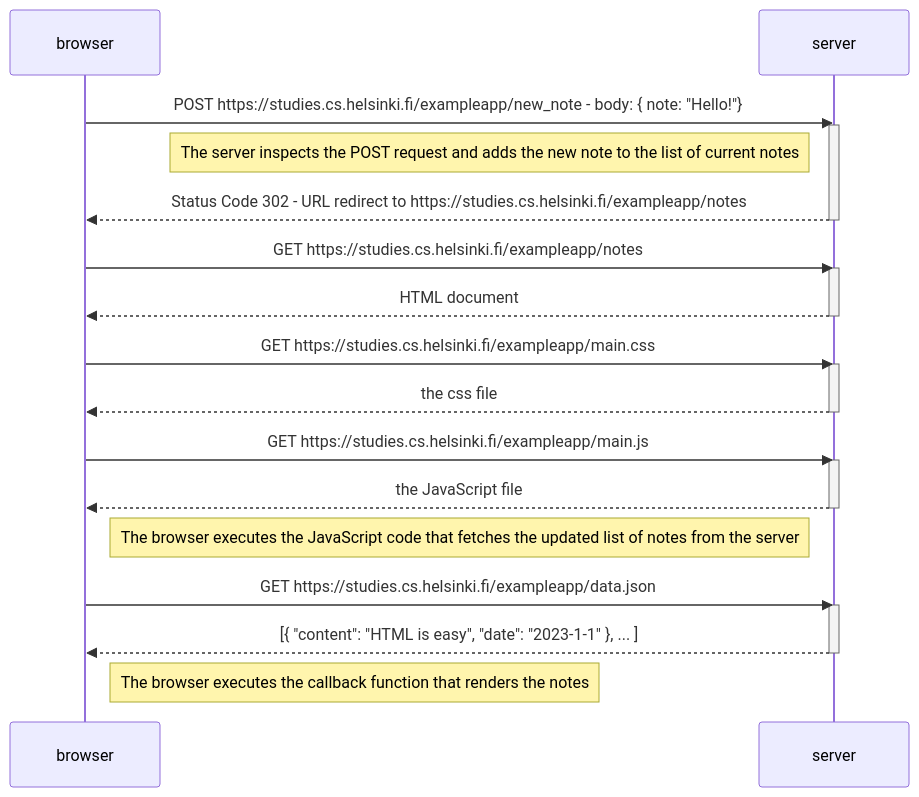
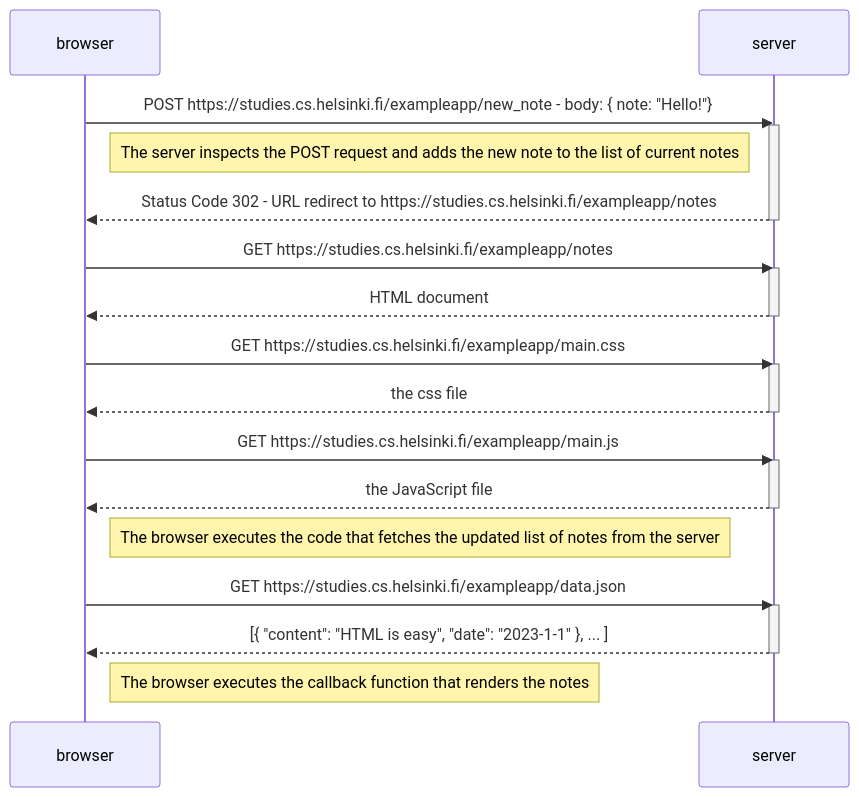
One commit to paternostrox/Helsinki-Exercices changed the diagram in 0-4/diagram.md. Above: the diagram before and after it, drawn with Mermaid.

Commit message:
Exercise 0-4 part3

````diff
--- a/0-4/diagram.md
+++ b/0-4/diagram.md
@@ -1,35 +1,35 @@
 ```mermaid
     sequenceDiagram
         participant browser
         participant server
 
         browser->>server: POST https://studies.cs.helsinki.fi/exampleapp/new_note - body: { note: "Hello!"} 
         activate server
         Note left of server: The server inspects the POST request and adds the new note to the list of current notes
         server-->>browser: Status Code 302 - URL redirect to https://studies.cs.helsinki.fi/exampleapp/notes
         deactivate server
 
         browser->>server: GET https://studies.cs.helsinki.fi/exampleapp/notes
         activate server
         server-->>browser: HTML document
         deactivate server
 
         browser->>server: GET https://studies.cs.helsinki.fi/exampleapp/main.css
         activate server
         server-->>browser: the css file
         deactivate server
 
         browser->>server: GET https://studies.cs.helsinki.fi/exampleapp/main.js
         activate server
         server-->>browser: the JavaScript file
         deactivate server
 
-        Note right of browser: The browser executes the JavaScript code that fetches the updated list of notes from the server
+        Note right of browser: The browser executes the code that fetches the updated list of notes from the server
 
         browser->>server: GET https://studies.cs.helsinki.fi/exampleapp/data.json
         activate server
         server-->>browser: [{ "content": "HTML is easy", "date": "2023-1-1" }, ... ]
         deactivate server
 
         Note right of browser: The browser executes the callback function that renders the notes
 ```
````
